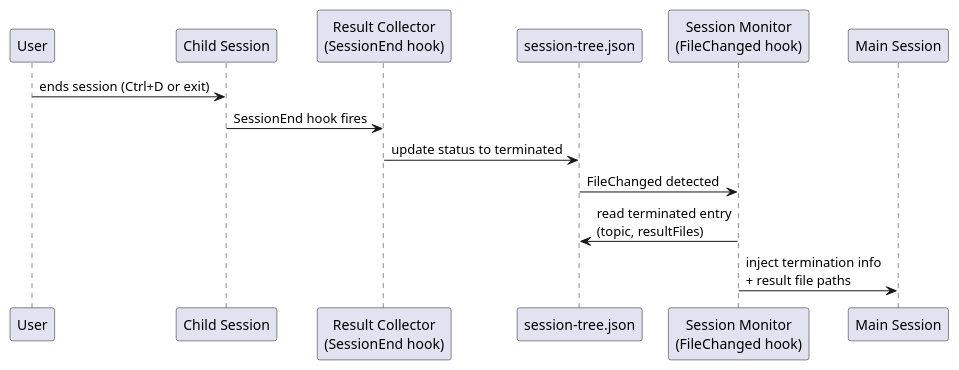
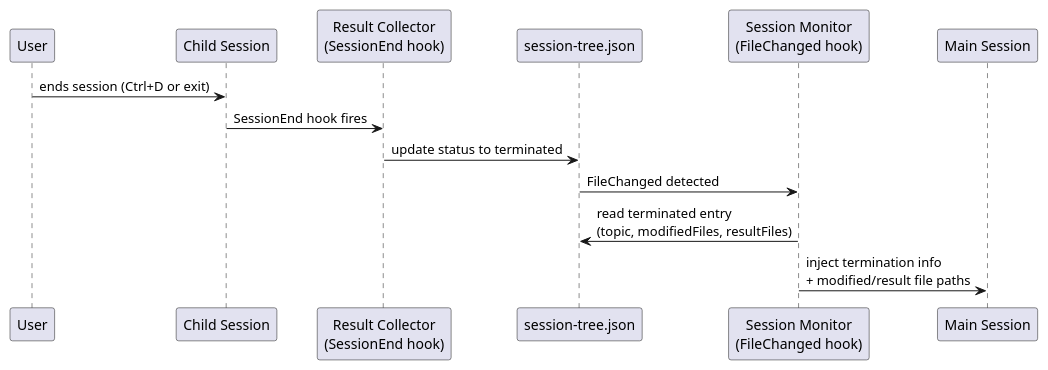
The fifth of 6 diagrams in A4/co-think/2026-03-29-2100-agent-orchestrator.architecture.md (studykit/studykit-marketplace), drawn with PlantUML before and after one commit. The commit also changed other lines of this file and 28 other files, not shown here.

````diff
--- a/A4/co-think/2026-03-29-2100-agent-orchestrator.architecture.md
+++ b/A4/co-think/2026-03-29-2100-agent-orchestrator.architecture.md
@@ -195,17 +191,17 @@
 ```plantuml
 @startuml
 participant "User" as U
 participant "Child Session" as CS
 participant "Result Collector\n(SessionEnd hook)" as RC
 participant "session-tree.json" as ST
 participant "Session Monitor\n(FileChanged hook)" as MO
 participant "Main Session" as MS
 
 U -> CS : ends session (Ctrl+D or exit)
 CS -> RC : SessionEnd hook fires
 RC -> ST : update status to terminated
 ST -> MO : FileChanged detected
-MO -> ST : read terminated entry\n(topic, resultFiles)
-MO -> MS : inject termination info\n+ result file paths
+MO -> ST : read terminated entry\n(topic, modifiedFiles, resultFiles)
+MO -> MS : inject termination info\n+ modified/result file paths
 @enduml
 ```
````
